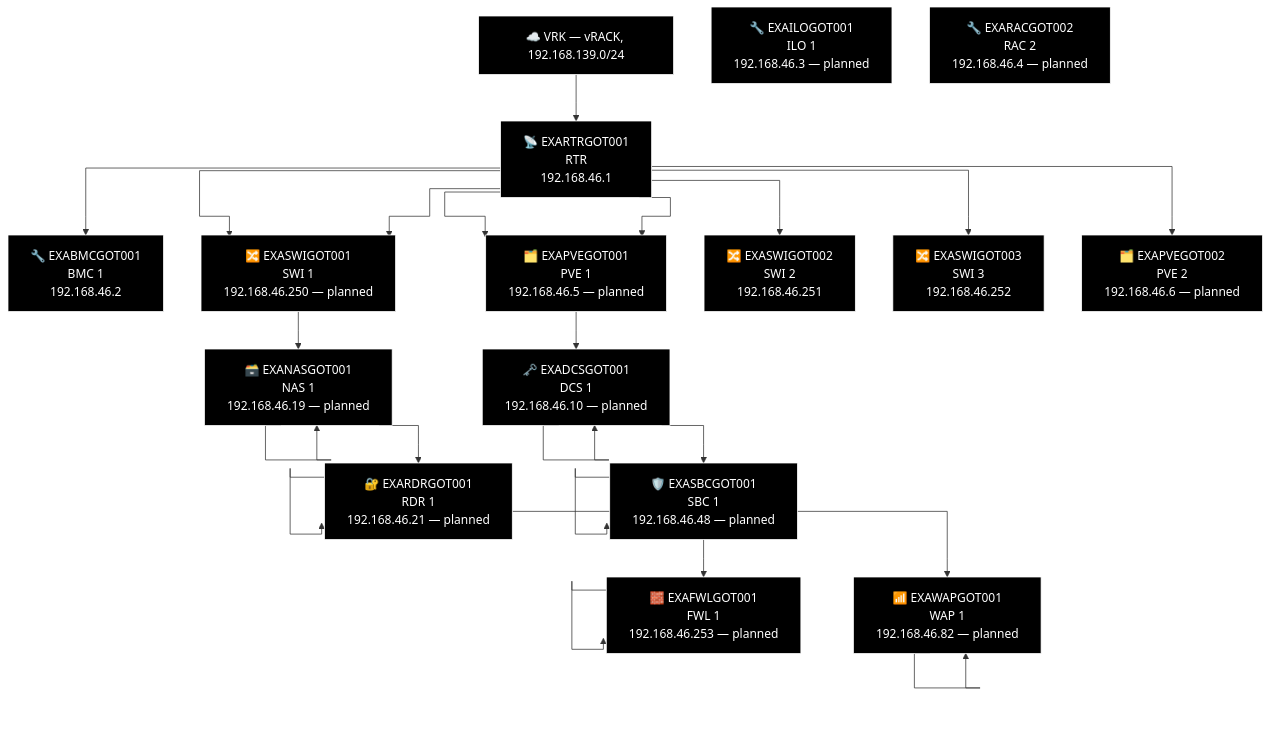
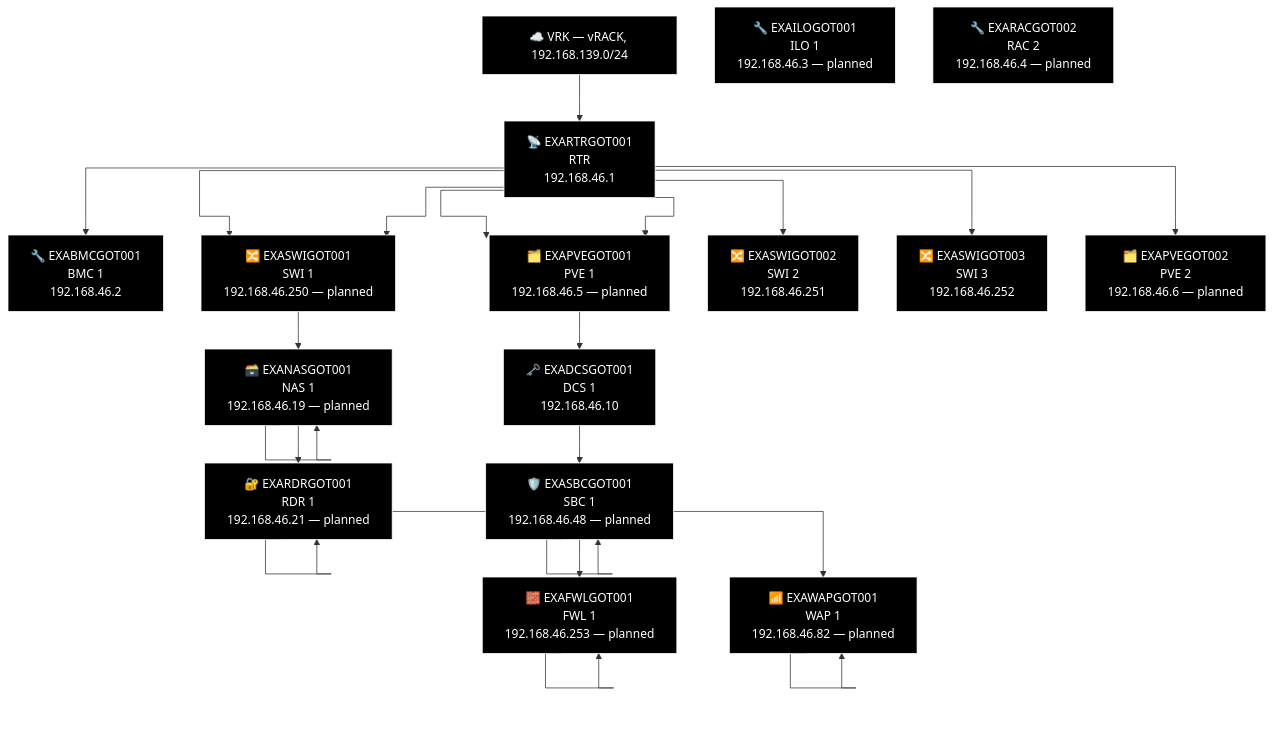
Before and after one commit to knightmare2600/example_music_infra: the second of 2 diagrams in docs/network-diagram/sverige.md, drawn with Mermaid. The commit also changed 5 other files, not shown here.

````diff
--- a/docs/network-diagram/sverige.md
+++ b/docs/network-diagram/sverige.md
@@ -31,65 +31,63 @@
 ```mermaid
 %% GENERATED:TOPOLOGY:GOT:START
 %%{init: {'flowchart': {'curve': 'stepAfter'}}}%%
 graph TD
     T_VRK["☁️ VRK — vRACK, 192.168.139.0/24"]
     T_RTR["📡 EXARTRGOT001<br/>RTR<br/>192.168.46.1"]
     T_VRK --> T_RTR
     T_BMC["🔧 EXABMCGOT001<br/>BMC 1<br/>192.168.46.2"]
     T_RTR --> T_BMC
     T_PVE["🗂️ EXAPVEGOT001<br/>PVE 1<br/>192.168.46.5"]
     T_RTR --> T_PVE
     T_SWI["🔀 EXASWIGOT001<br/>SWI 1<br/>192.168.46.250"]
     T_RTR --> T_SWI
     T_SWI2["🔀 EXASWIGOT002<br/>SWI 2<br/>192.168.46.251"]
     T_RTR --> T_SWI2
     T_SWI3["🔀 EXASWIGOT003<br/>SWI 3<br/>192.168.46.252"]
     T_RTR --> T_SWI3
     T_SWI["🔀 EXASWIGOT001<br/>SWI 1<br/>192.168.46.250 — planned"]
     T_RTR --> T_SWI
     T_PVE["🗂️ EXAPVEGOT001<br/>PVE 1<br/>192.168.46.5 — planned"]
     T_RTR --> T_PVE
     T_PVE2["🗂️ EXAPVEGOT002<br/>PVE 2<br/>192.168.46.6 — planned"]
     T_RTR --> T_PVE2
     T_NAS["🗃️ EXANASGOT001<br/>NAS<br/>192.168.46.19"]
     T_NAS["🗃️ EXANASGOT001<br/>NAS 1<br/>192.168.46.19 — planned"]
     T_RDR["🔐 EXARDRGOT001<br/>RDR<br/>192.168.46.21"]
     T_RDR["🔐 EXARDRGOT001<br/>RDR 1<br/>192.168.46.21 — planned"]
     T_WAP["📶 EXAWAPGOT001<br/>WAP 1<br/>192.168.46.82"]
     T_WAP["📶 EXAWAPGOT001<br/>WAP 1<br/>192.168.46.82 — planned"]
     T_SWI --> T_NAS --> T_NAS --> T_RDR --> T_RDR --> T_WAP --> T_WAP
     T_DCS["🗝️ EXADCSGOT001<br/>DCS 1<br/>192.168.46.10"]
-    T_DCS["🗝️ EXADCSGOT001<br/>DCS 1<br/>192.168.46.10 — planned"]
     T_SBC["🛡️ EXASBCGOT001<br/>SBC<br/>192.168.46.48"]
     T_SBC["🛡️ EXASBCGOT001<br/>SBC 1<br/>192.168.46.48 — planned"]
     T_FWL["🧱 EXAFWLGOT001<br/>LAN Face<br/>192.168.46.253"]
     T_FWL["🧱 EXAFWLGOT001<br/>FWL 1<br/>192.168.46.253 — planned"]
-    T_PVE --> T_DCS --> T_DCS --> T_SBC --> T_SBC --> T_FWL --> T_FWL
+    T_PVE --> T_DCS --> T_SBC --> T_SBC --> T_FWL --> T_FWL
     T_ILO["🔧 EXAILOGOT001<br/>ILO 1<br/>192.168.46.3 — planned"]
     T_RAC["🔧 EXARACGOT002<br/>RAC 2<br/>192.168.46.4 — planned"]
     style T_VRK fill:#000000,stroke:#FFFFFF,color:#FFFFFF
     style T_RTR fill:#000000,stroke:#FFFFFF,color:#FFFFFF
     style T_BMC fill:#000000,stroke:#FFFFFF,color:#FFFFFF
     style T_PVE fill:#000000,stroke:#FFFFFF,color:#FFFFFF
     style T_SWI fill:#000000,stroke:#FFFFFF,color:#FFFFFF
     style T_SWI2 fill:#000000,stroke:#FFFFFF,color:#FFFFFF
     style T_SWI3 fill:#000000,stroke:#FFFFFF,color:#FFFFFF
     style T_SWI fill:#000000,stroke:#FFFFFF,color:#FFFFFF
     style T_PVE fill:#000000,stroke:#FFFFFF,color:#FFFFFF
     style T_PVE2 fill:#000000,stroke:#FFFFFF,color:#FFFFFF
     style T_NAS fill:#000000,stroke:#FFFFFF,color:#FFFFFF
     style T_NAS fill:#000000,stroke:#FFFFFF,color:#FFFFFF
     style T_RDR fill:#000000,stroke:#FFFFFF,color:#FFFFFF
     style T_RDR fill:#000000,stroke:#FFFFFF,color:#FFFFFF
     style T_WAP fill:#000000,stroke:#FFFFFF,color:#FFFFFF
     style T_WAP fill:#000000,stroke:#FFFFFF,color:#FFFFFF
     style T_DCS fill:#000000,stroke:#FFFFFF,color:#FFFFFF
-    style T_DCS fill:#000000,stroke:#FFFFFF,color:#FFFFFF
     style T_SBC fill:#000000,stroke:#FFFFFF,color:#FFFFFF
     style T_SBC fill:#000000,stroke:#FFFFFF,color:#FFFFFF
     style T_FWL fill:#000000,stroke:#FFFFFF,color:#FFFFFF
     style T_FWL fill:#000000,stroke:#FFFFFF,color:#FFFFFF
     style T_ILO fill:#000000,stroke:#FFFFFF,color:#FFFFFF
     style T_RAC fill:#000000,stroke:#FFFFFF,color:#FFFFFF
 %% GENERATED:TOPOLOGY:GOT:END
 ```
````
